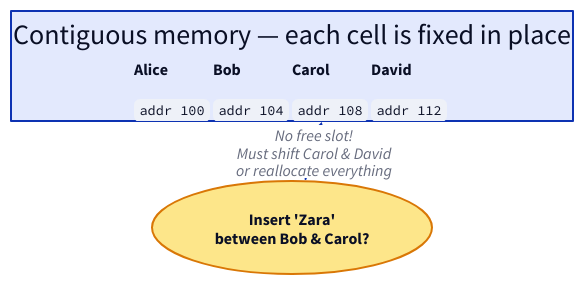
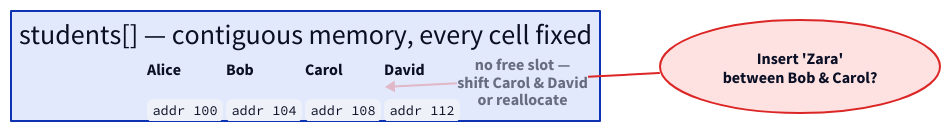
Before and after one commit to ani2fun/codefolio: the first of 6 diagrams in content/cortex/data-structures-and-algorithms/02-linear-structures/03-singly-linked-list/01-introduction-to-singly-linked-lists.md, drawn with D2. The commit also changed other lines of this file and 4 other files, not shown here.

First line of the commit message:
dsa: auto-render `head` marker + visual polish on 4 named diagrams + empty-list font tweak

````diff
--- a/content/cortex/data-structures-and-algorithms/02-linear-structures/03-singly-linked-list/01-introduction-to-singly-linked-lists.md
+++ b/content/cortex/data-structures-and-algorithms/02-linear-structures/03-singly-linked-list/01-introduction-to-singly-linked-lists.md
@@ -148,35 +148,42 @@
 ```d2
-direction: right
+direction: down
 
-mem: "Contiguous memory — each cell is fixed in place" {
+mem: "students[]  —  contiguous memory, every cell fixed" {
   grid-columns: 4
   grid-gap: 0
   c0: |md
     **Alice**
 
     `addr 100`
   |
   c1: |md
     **Bob**
 
     `addr 104`
   |
   c2: |md
     **Carol**
 
     `addr 108`
   |
   c3: |md
     **David**
 
     `addr 112`
   |
 }
 
 ins: "Insert 'Zara'\nbetween Bob & Carol?" {
   shape: oval
-  style.fill: "#fde68a"
-  style.stroke: "#d97706"
+  style.fill: "#fee2e2"
+  style.stroke: "#dc2626"
+  style.stroke-width: 2
+  style.bold: true
 }
-ins -> mem.c2: "No free slot!\nMust shift Carol & David\nor reallocate everything"
+
+ins -> mem.c2: "no free slot —\nshift Carol & David\nor reallocate" {
+  style.stroke: "#dc2626"
+  style.stroke-width: 2
+  style.bold: true
+}
 ```
````
